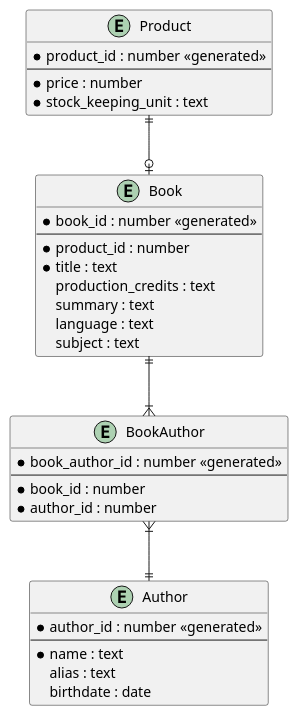
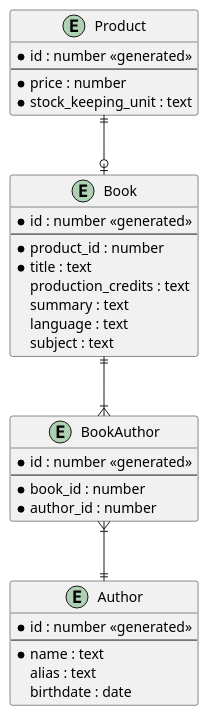
The diagram in docs/design/book_shop_entity_relationship_diagram.plantuml (dtmo/bookshop), drawn with PlantUML before and after one commit. The commit also changed 5 other files, not shown here.

Commit message:
wip: initial db schema

```diff
--- a/docs/design/book_shop_entity_relationship_diagram.plantuml
+++ b/docs/design/book_shop_entity_relationship_diagram.plantuml
@@ -1,43 +1,43 @@
 @startuml
 
 skinparam Linetype ortho
 
 entity Product {
-    * product_id : number <<generated>>
+    * id : number <<generated>>
     --
     * price : number
     * stock_keeping_unit : text
 }
 
 entity Author {
-    * author_id : number <<generated>>
+    * id : number <<generated>>
     --
     * name : text
     alias : text
     birthdate : date
 }
 
 entity Book {
-    * book_id : number <<generated>>
+    * id : number <<generated>>
     --
     * product_id : number
     * title : text
     production_credits : text
     summary : text
     language : text
     subject : text
 }
 
 Product ||--o| Book
 
 entity BookAuthor {
-    * book_author_id : number <<generated>>
+    * id : number <<generated>>
     --
     * book_id : number
     * author_id : number
 }
 
 Book ||--|{ BookAuthor
 BookAuthor }|--|| Author
 
 @enduml
```
